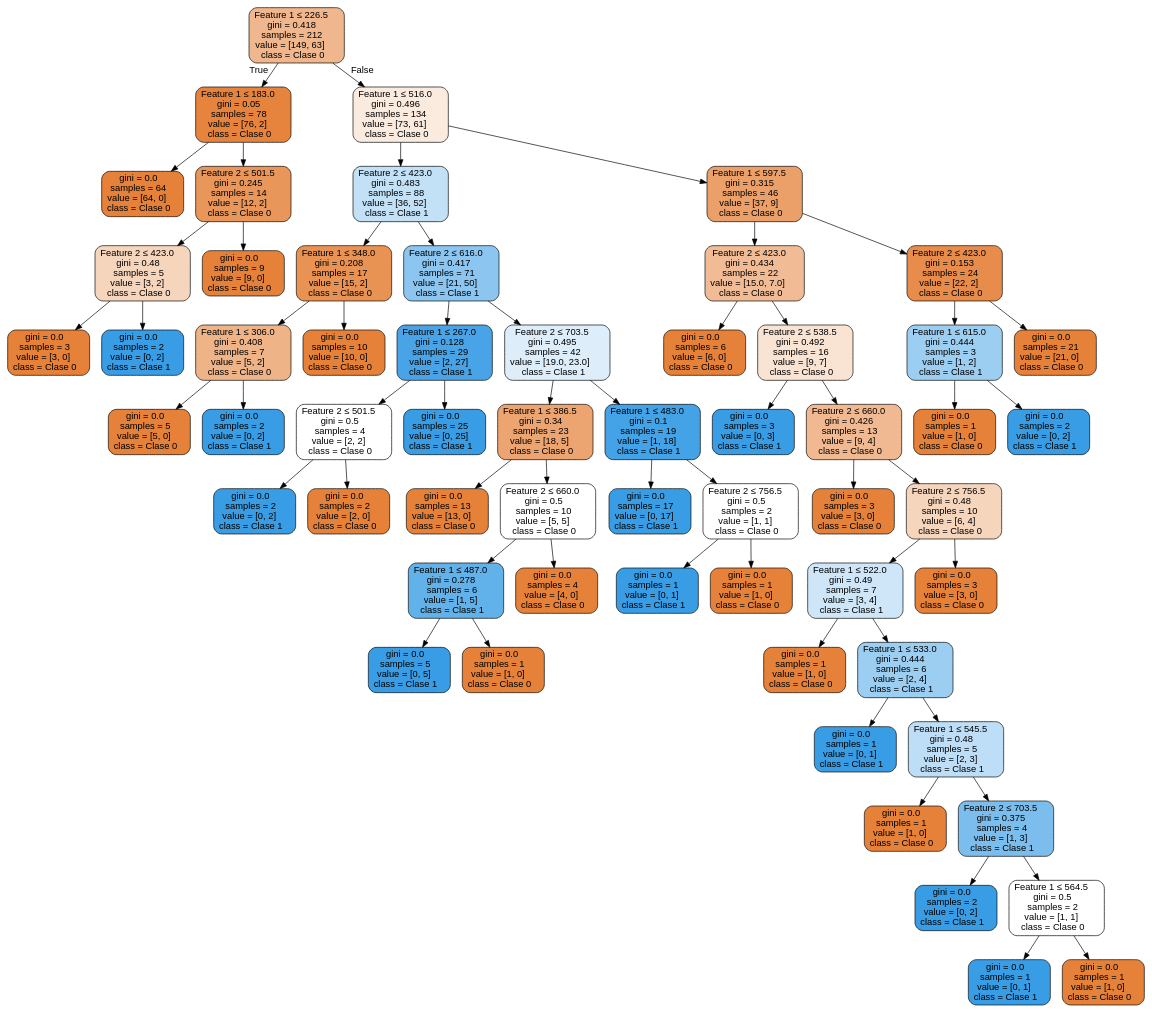
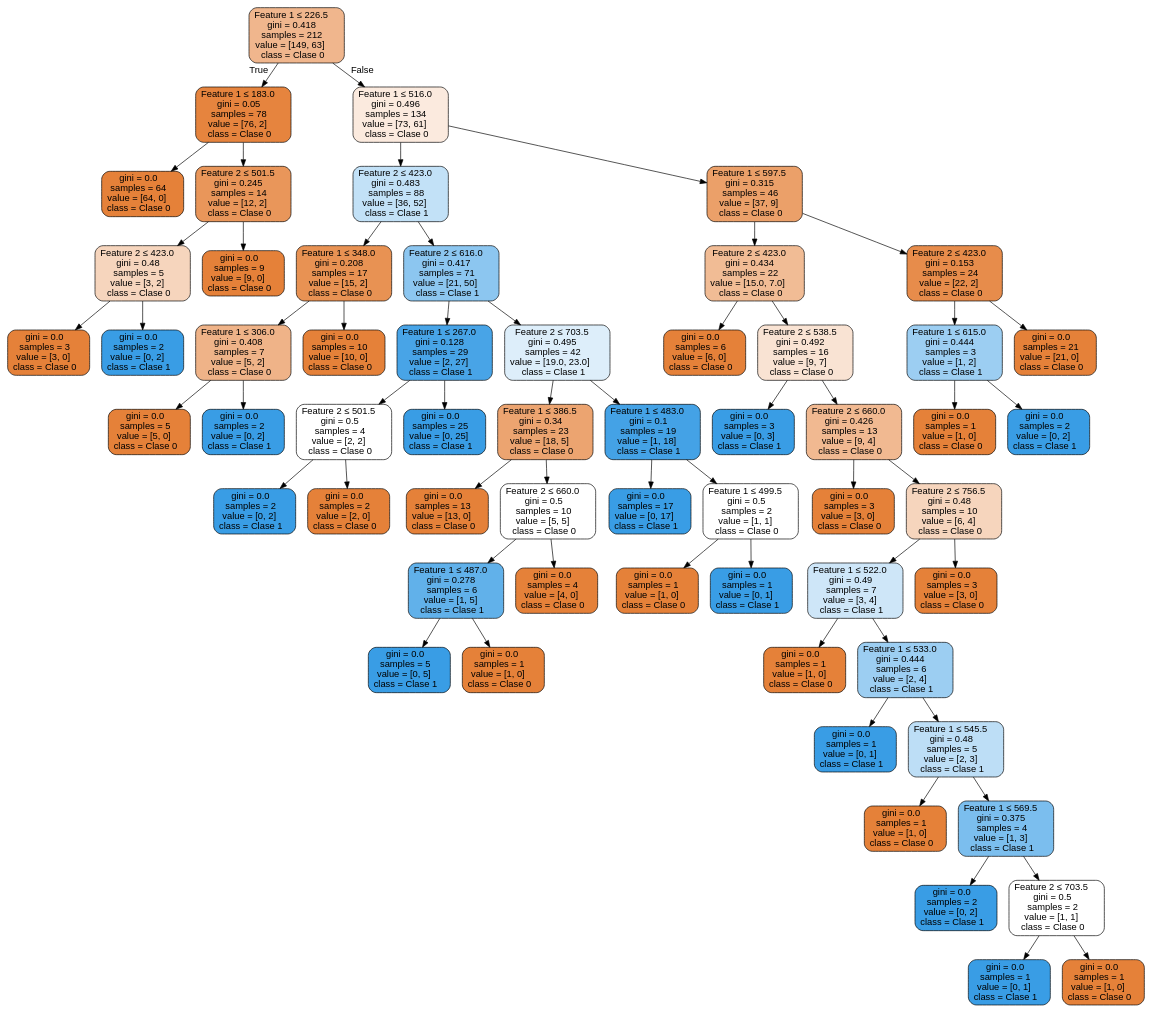
Before and after one commit to Danifoxuwu/Inteligencia-Artificial: the diagram in Actividades/DatasetCsv/Source.gv, drawn with Graphviz. The commit also changed 63 other files, not shown here.

```diff
--- a/Actividades/DatasetCsv/Source.gv
+++ b/Actividades/DatasetCsv/Source.gv
@@ -1,121 +1,121 @@
 digraph Tree {
 node [shape=box, style="filled, rounded", color="black", fontname="helvetica"] ;
 edge [fontname="helvetica"] ;
 0 [label=<Feature 1 &le; 226.5<br/>gini = 0.418<br/>samples = 212<br/>value = [149, 63]<br/>class = Clase 0>, fillcolor="#f0b68d"] ;
 1 [label=<Feature 1 &le; 183.0<br/>gini = 0.05<br/>samples = 78<br/>value = [76, 2]<br/>class = Clase 0>, fillcolor="#e6843e"] ;
 0 -> 1 [labeldistance=2.5, labelangle=45, headlabel="True"] ;
 2 [label=<gini = 0.0<br/>samples = 64<br/>value = [64, 0]<br/>class = Clase 0>, fillcolor="#e58139"] ;
 1 -> 2 ;
 3 [label=<Feature 2 &le; 501.5<br/>gini = 0.245<br/>samples = 14<br/>value = [12, 2]<br/>class = Clase 0>, fillcolor="#e9965a"] ;
 1 -> 3 ;
 4 [label=<Feature 2 &le; 423.0<br/>gini = 0.48<br/>samples = 5<br/>value = [3, 2]<br/>class = Clase 0>, fillcolor="#f6d5bd"] ;
 3 -> 4 ;
 5 [label=<gini = 0.0<br/>samples = 3<br/>value = [3, 0]<br/>class = Clase 0>, fillcolor="#e58139"] ;
 4 -> 5 ;
 6 [label=<gini = 0.0<br/>samples = 2<br/>value = [0, 2]<br/>class = Clase 1>, fillcolor="#399de5"] ;
 4 -> 6 ;
 7 [label=<gini = 0.0<br/>samples = 9<br/>value = [9, 0]<br/>class = Clase 0>, fillcolor="#e58139"] ;
 3 -> 7 ;
 8 [label=<Feature 1 &le; 516.0<br/>gini = 0.496<br/>samples = 134<br/>value = [73, 61]<br/>class = Clase 0>, fillcolor="#fbeade"] ;
 0 -> 8 [labeldistance=2.5, labelangle=-45, headlabel="False"] ;
 9 [label=<Feature 2 &le; 423.0<br/>gini = 0.483<br/>samples = 88<br/>value = [36, 52]<br/>class = Clase 1>, fillcolor="#c2e1f7"] ;
 8 -> 9 ;
 10 [label=<Feature 1 &le; 348.0<br/>gini = 0.208<br/>samples = 17<br/>value = [15, 2]<br/>class = Clase 0>, fillcolor="#e89253"] ;
 9 -> 10 ;
 11 [label=<Feature 1 &le; 306.0<br/>gini = 0.408<br/>samples = 7<br/>value = [5, 2]<br/>class = Clase 0>, fillcolor="#efb388"] ;
 10 -> 11 ;
 12 [label=<gini = 0.0<br/>samples = 5<br/>value = [5, 0]<br/>class = Clase 0>, fillcolor="#e58139"] ;
 11 -> 12 ;
 13 [label=<gini = 0.0<br/>samples = 2<br/>value = [0, 2]<br/>class = Clase 1>, fillcolor="#399de5"] ;
 11 -> 13 ;
 14 [label=<gini = 0.0<br/>samples = 10<br/>value = [10, 0]<br/>class = Clase 0>, fillcolor="#e58139"] ;
 10 -> 14 ;
 15 [label=<Feature 2 &le; 616.0<br/>gini = 0.417<br/>samples = 71<br/>value = [21, 50]<br/>class = Clase 1>, fillcolor="#8cc6f0"] ;
 9 -> 15 ;
 16 [label=<Feature 1 &le; 267.0<br/>gini = 0.128<br/>samples = 29<br/>value = [2, 27]<br/>class = Clase 1>, fillcolor="#48a4e7"] ;
 15 -> 16 ;
 17 [label=<Feature 2 &le; 501.5<br/>gini = 0.5<br/>samples = 4<br/>value = [2, 2]<br/>class = Clase 0>, fillcolor="#ffffff"] ;
 16 -> 17 ;
 18 [label=<gini = 0.0<br/>samples = 2<br/>value = [0, 2]<br/>class = Clase 1>, fillcolor="#399de5"] ;
 17 -> 18 ;
 19 [label=<gini = 0.0<br/>samples = 2<br/>value = [2, 0]<br/>class = Clase 0>, fillcolor="#e58139"] ;
 17 -> 19 ;
 20 [label=<gini = 0.0<br/>samples = 25<br/>value = [0, 25]<br/>class = Clase 1>, fillcolor="#399de5"] ;
 16 -> 20 ;
 21 [label=<Feature 2 &le; 703.5<br/>gini = 0.495<br/>samples = 42<br/>value = [19.0, 23.0]<br/>class = Clase 1>, fillcolor="#ddeefa"] ;
 15 -> 21 ;
 22 [label=<Feature 1 &le; 386.5<br/>gini = 0.34<br/>samples = 23<br/>value = [18, 5]<br/>class = Clase 0>, fillcolor="#eca470"] ;
 21 -> 22 ;
 23 [label=<gini = 0.0<br/>samples = 13<br/>value = [13, 0]<br/>class = Clase 0>, fillcolor="#e58139"] ;
 22 -> 23 ;
 24 [label=<Feature 2 &le; 660.0<br/>gini = 0.5<br/>samples = 10<br/>value = [5, 5]<br/>class = Clase 0>, fillcolor="#ffffff"] ;
 22 -> 24 ;
 25 [label=<Feature 1 &le; 487.0<br/>gini = 0.278<br/>samples = 6<br/>value = [1, 5]<br/>class = Clase 1>, fillcolor="#61b1ea"] ;
 24 -> 25 ;
 26 [label=<gini = 0.0<br/>samples = 5<br/>value = [0, 5]<br/>class = Clase 1>, fillcolor="#399de5"] ;
 25 -> 26 ;
 27 [label=<gini = 0.0<br/>samples = 1<br/>value = [1, 0]<br/>class = Clase 0>, fillcolor="#e58139"] ;
 25 -> 27 ;
 28 [label=<gini = 0.0<br/>samples = 4<br/>value = [4, 0]<br/>class = Clase 0>, fillcolor="#e58139"] ;
 24 -> 28 ;
 29 [label=<Feature 1 &le; 483.0<br/>gini = 0.1<br/>samples = 19<br/>value = [1, 18]<br/>class = Clase 1>, fillcolor="#44a2e6"] ;
 21 -> 29 ;
 30 [label=<gini = 0.0<br/>samples = 17<br/>value = [0, 17]<br/>class = Clase 1>, fillcolor="#399de5"] ;
 29 -> 30 ;
-31 [label=<Feature 2 &le; 756.5<br/>gini = 0.5<br/>samples = 2<br/>value = [1, 1]<br/>class = Clase 0>, fillcolor="#ffffff"] ;
+31 [label=<Feature 1 &le; 499.5<br/>gini = 0.5<br/>samples = 2<br/>value = [1, 1]<br/>class = Clase 0>, fillcolor="#ffffff"] ;
 29 -> 31 ;
-32 [label=<gini = 0.0<br/>samples = 1<br/>value = [0, 1]<br/>class = Clase 1>, fillcolor="#399de5"] ;
+32 [label=<gini = 0.0<br/>samples = 1<br/>value = [1, 0]<br/>class = Clase 0>, fillcolor="#e58139"] ;
 31 -> 32 ;
-33 [label=<gini = 0.0<br/>samples = 1<br/>value = [1, 0]<br/>class = Clase 0>, fillcolor="#e58139"] ;
+33 [label=<gini = 0.0<br/>samples = 1<br/>value = [0, 1]<br/>class = Clase 1>, fillcolor="#399de5"] ;
 31 -> 33 ;
 34 [label=<Feature 1 &le; 597.5<br/>gini = 0.315<br/>samples = 46<br/>value = [37, 9]<br/>class = Clase 0>, fillcolor="#eba069"] ;
 8 -> 34 ;
 35 [label=<Feature 2 &le; 423.0<br/>gini = 0.434<br/>samples = 22<br/>value = [15.0, 7.0]<br/>class = Clase 0>, fillcolor="#f1bc95"] ;
 34 -> 35 ;
 36 [label=<gini = 0.0<br/>samples = 6<br/>value = [6, 0]<br/>class = Clase 0>, fillcolor="#e58139"] ;
 35 -> 36 ;
 37 [label=<Feature 2 &le; 538.5<br/>gini = 0.492<br/>samples = 16<br/>value = [9, 7]<br/>class = Clase 0>, fillcolor="#f9e3d3"] ;
 35 -> 37 ;
 38 [label=<gini = 0.0<br/>samples = 3<br/>value = [0, 3]<br/>class = Clase 1>, fillcolor="#399de5"] ;
 37 -> 38 ;
 39 [label=<Feature 2 &le; 660.0<br/>gini = 0.426<br/>samples = 13<br/>value = [9, 4]<br/>class = Clase 0>, fillcolor="#f1b991"] ;
 37 -> 39 ;
 40 [label=<gini = 0.0<br/>samples = 3<br/>value = [3, 0]<br/>class = Clase 0>, fillcolor="#e58139"] ;
 39 -> 40 ;
 41 [label=<Feature 2 &le; 756.5<br/>gini = 0.48<br/>samples = 10<br/>value = [6, 4]<br/>class = Clase 0>, fillcolor="#f6d5bd"] ;
 39 -> 41 ;
 42 [label=<Feature 1 &le; 522.0<br/>gini = 0.49<br/>samples = 7<br/>value = [3, 4]<br/>class = Clase 1>, fillcolor="#cee6f8"] ;
 41 -> 42 ;
 43 [label=<gini = 0.0<br/>samples = 1<br/>value = [1, 0]<br/>class = Clase 0>, fillcolor="#e58139"] ;
 42 -> 43 ;
 44 [label=<Feature 1 &le; 533.0<br/>gini = 0.444<br/>samples = 6<br/>value = [2, 4]<br/>class = Clase 1>, fillcolor="#9ccef2"] ;
 42 -> 44 ;
 45 [label=<gini = 0.0<br/>samples = 1<br/>value = [0, 1]<br/>class = Clase 1>, fillcolor="#399de5"] ;
 44 -> 45 ;
 46 [label=<Feature 1 &le; 545.5<br/>gini = 0.48<br/>samples = 5<br/>value = [2, 3]<br/>class = Clase 1>, fillcolor="#bddef6"] ;
 44 -> 46 ;
 47 [label=<gini = 0.0<br/>samples = 1<br/>value = [1, 0]<br/>class = Clase 0>, fillcolor="#e58139"] ;
 46 -> 47 ;
-48 [label=<Feature 2 &le; 703.5<br/>gini = 0.375<br/>samples = 4<br/>value = [1, 3]<br/>class = Clase 1>, fillcolor="#7bbeee"] ;
+48 [label=<Feature 1 &le; 569.5<br/>gini = 0.375<br/>samples = 4<br/>value = [1, 3]<br/>class = Clase 1>, fillcolor="#7bbeee"] ;
 46 -> 48 ;
 49 [label=<gini = 0.0<br/>samples = 2<br/>value = [0, 2]<br/>class = Clase 1>, fillcolor="#399de5"] ;
 48 -> 49 ;
-50 [label=<Feature 1 &le; 564.5<br/>gini = 0.5<br/>samples = 2<br/>value = [1, 1]<br/>class = Clase 0>, fillcolor="#ffffff"] ;
+50 [label=<Feature 2 &le; 703.5<br/>gini = 0.5<br/>samples = 2<br/>value = [1, 1]<br/>class = Clase 0>, fillcolor="#ffffff"] ;
 48 -> 50 ;
 51 [label=<gini = 0.0<br/>samples = 1<br/>value = [0, 1]<br/>class = Clase 1>, fillcolor="#399de5"] ;
 50 -> 51 ;
 52 [label=<gini = 0.0<br/>samples = 1<br/>value = [1, 0]<br/>class = Clase 0>, fillcolor="#e58139"] ;
 50 -> 52 ;
 53 [label=<gini = 0.0<br/>samples = 3<br/>value = [3, 0]<br/>class = Clase 0>, fillcolor="#e58139"] ;
 41 -> 53 ;
 54 [label=<Feature 2 &le; 423.0<br/>gini = 0.153<br/>samples = 24<br/>value = [22, 2]<br/>class = Clase 0>, fillcolor="#e78c4b"] ;
 34 -> 54 ;
 55 [label=<Feature 1 &le; 615.0<br/>gini = 0.444<br/>samples = 3<br/>value = [1, 2]<br/>class = Clase 1>, fillcolor="#9ccef2"] ;
 54 -> 55 ;
 56 [label=<gini = 0.0<br/>samples = 1<br/>value = [1, 0]<br/>class = Clase 0>, fillcolor="#e58139"] ;
 55 -> 56 ;
 57 [label=<gini = 0.0<br/>samples = 2<br/>value = [0, 2]<br/>class = Clase 1>, fillcolor="#399de5"] ;
 55 -> 57 ;
 58 [label=<gini = 0.0<br/>samples = 21<br/>value = [21, 0]<br/>class = Clase 0>, fillcolor="#e58139"] ;
 54 -> 58 ;
 }
```
